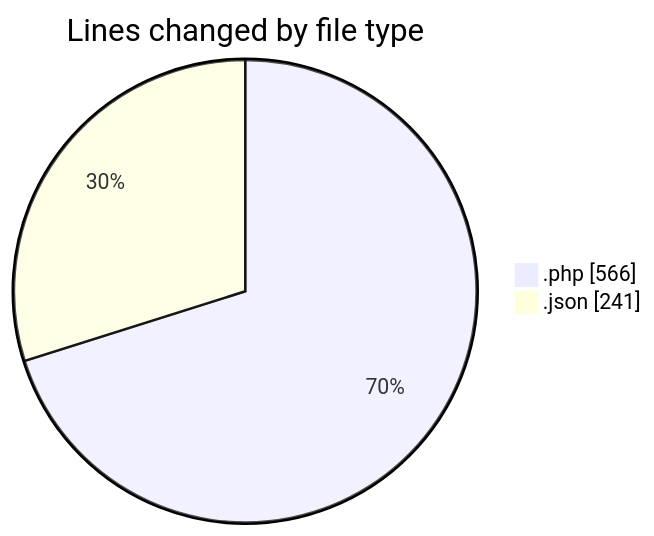
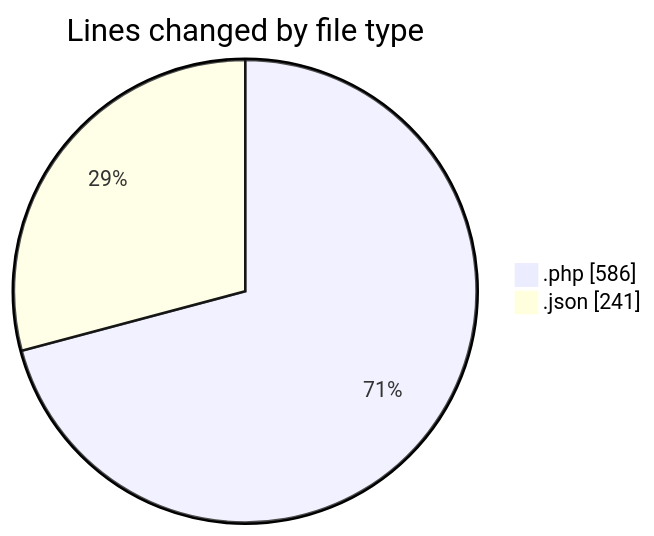
The first of 2 diagrams in 2025-03-28/autodidak/README.md (idhammustaqopulfikri/code-tracking), drawn with Mermaid before and after one commit. The commit also changed other lines of this file and 1 other file, not shown here.

````diff
--- a/2025-03-28/autodidak/README.md
+++ b/2025-03-28/autodidak/README.md
@@ -26,6 +27,6 @@
 ```mermaid
 pie showData
 title Lines changed by file type
-".php" : 566
+".php" : 586
 ".json" : 241
 ```
````
